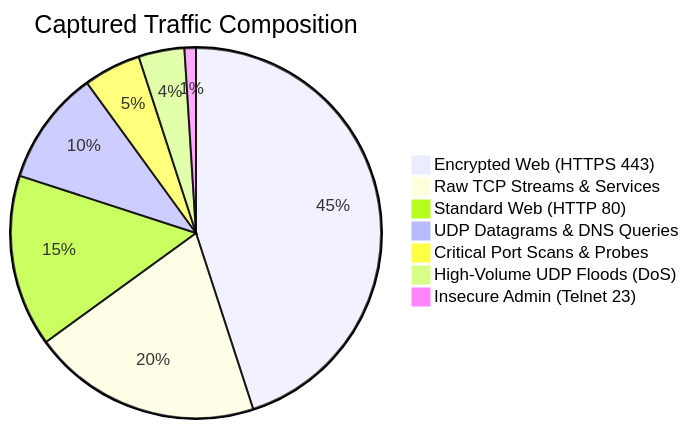
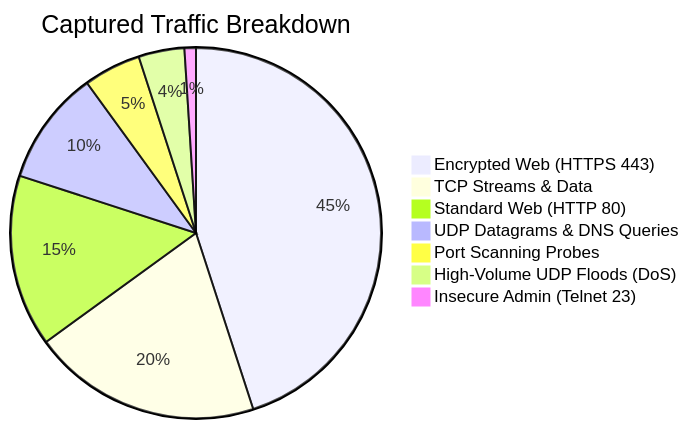
One commit to PriyanshuPundir01/CyberSentinal changed the first of 3 diagrams in README.md. Above: the diagram before and after it, drawn with Mermaid. The commit also changed other lines of this file, not shown here.

````diff
--- a/README.md
+++ b/README.md
@@ -65,10 +73,10 @@
 ```mermaid
-pie title Captured Traffic Composition
+pie title Captured Traffic Breakdown
     "Encrypted Web (HTTPS 443)" : 45
-    "Raw TCP Streams & Services" : 20
+    "TCP Streams & Data" : 20
     "Standard Web (HTTP 80)" : 15
     "UDP Datagrams & DNS Queries" : 10
-    "Critical Port Scans & Probes" : 5
+    "Port Scanning Probes" : 5
     "High-Volume UDP Floods (DoS)" : 4
     "Insecure Admin (Telnet 23)" : 1
 ```
````
